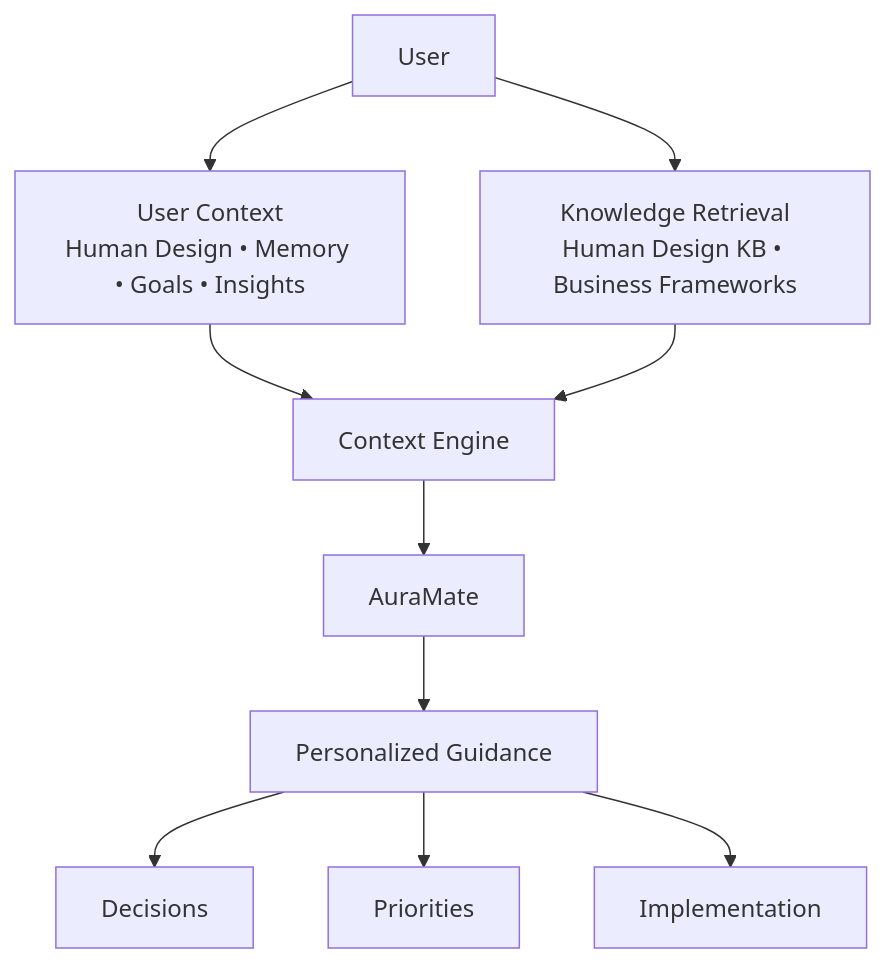
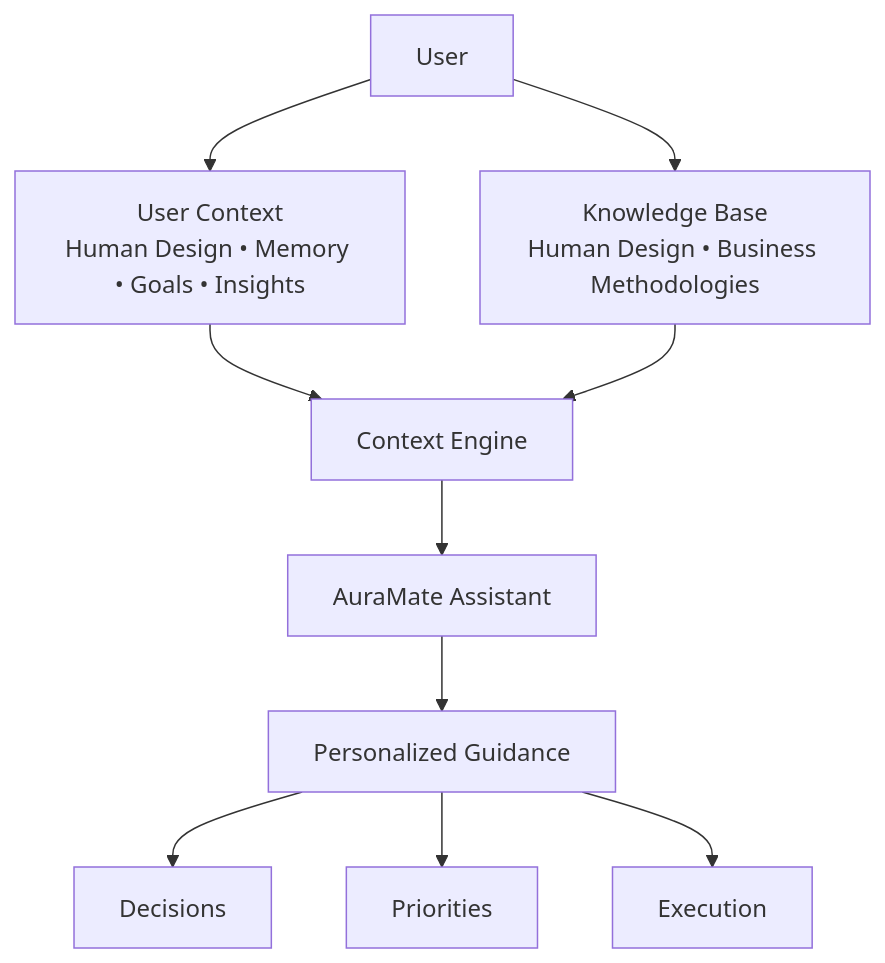
The diagram in README.md (puregenerators/sacral-business-os-showcase), drawn with Mermaid before and after one commit. The commit also changed other lines of this file, not shown here.

Commit message:
Enhance README with system architecture details
Added detailed explanation of the platform's architecture and workflow.

````diff
--- a/README.md
+++ b/README.md
@@ -13,20 +19,23 @@
 ```mermaid
 flowchart TD
 
     U[User]
 
-    U --> UC[User Context<br/>Human Design • Memory • Goals • Insights]
+    UC[User Context<br/>Human Design • Memory • Goals • Insights]
 
-    U --> KR[Knowledge Retrieval<br/>Human Design KB • Business Frameworks]
+    KB[Knowledge Base<br/>Human Design • Business Methodologies]
+
+    U --> UC
+    U --> KB
 
     UC --> CE[Context Engine]
-    KR --> CE
+    KB --> CE
 
-    CE --> AI[AuraMate]
+    CE --> AM[AuraMate Assistant]
 
-    AI --> OUT[Personalized Guidance]
+    AM --> PG[Personalized Guidance]
 
-    OUT --> D[Decisions]
-    OUT --> P[Priorities]
-    OUT --> I[Implementation]
+    PG --> D[Decisions]
+    PG --> P[Priorities]
+    PG --> E[Execution]
 ```
````
